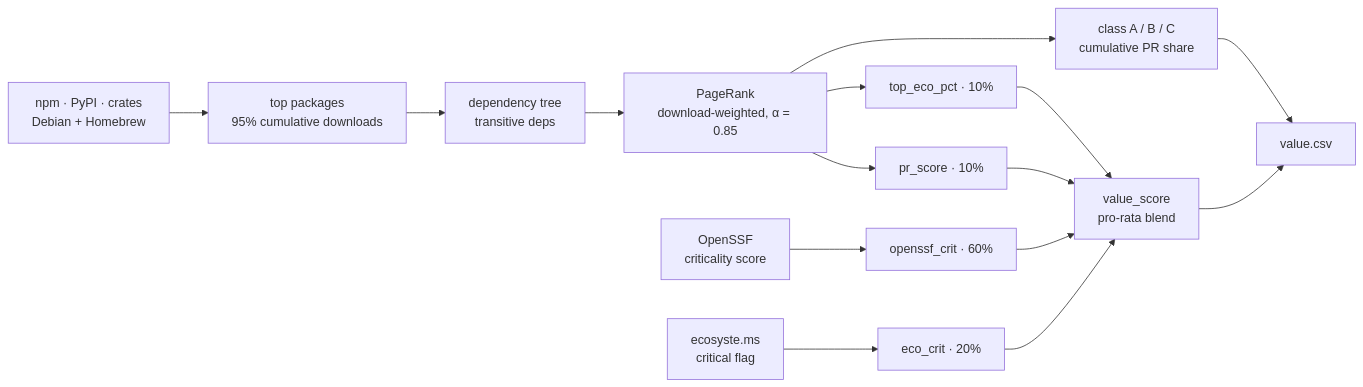
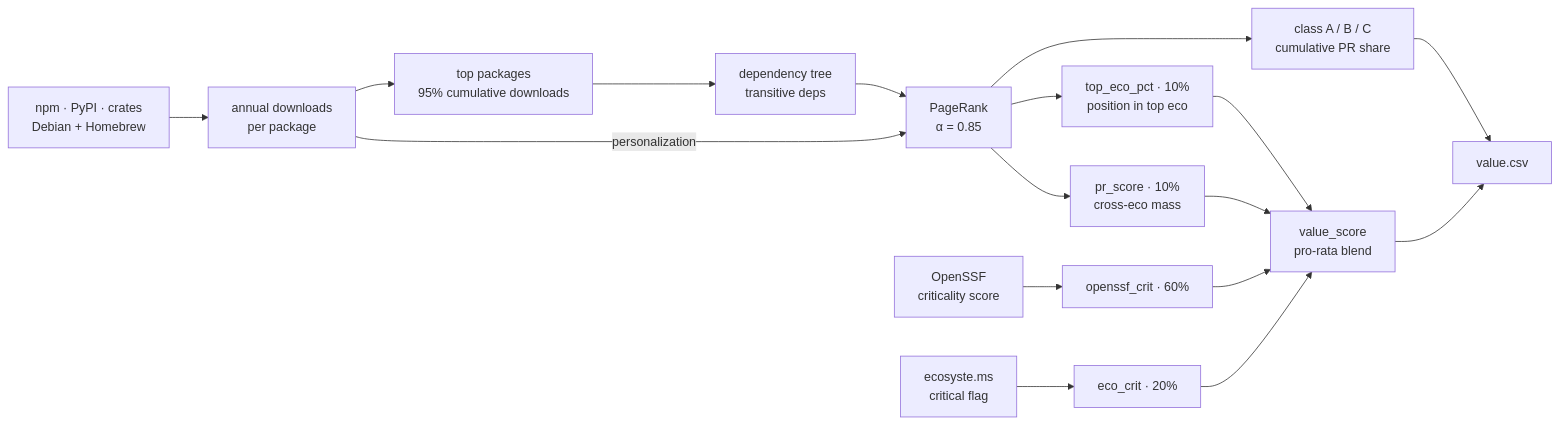
One commit to osendowment/model changed the diagram in docs/value.md. Above: the diagram before and after it, drawn with Mermaid. The commit also changed 2 other files, not shown here.

Commit message:
docs: show the scoring metrics inside each diagram node
The three diagrams stopped at dimension and check names, so they said little
the spine table did not. Each now runs source to metric to dimension to
output.

Risk names the metrics that actually score — bus factor and HHI, loc_eoy and
cyclomatic_max, openssf_score and cve_count_5y, the three per-contributor
ratios — and a note lists what each build collects but leaves out of the
score. The diagram now also shows workload reusing complexity's LOC and
security's CVE count, divided by active contributors.

Value shows downloads doing two jobs: selecting the top packages and
personalizing the PageRank. Eligibility breaks the four signal groups into
their real sources, and shows the institutional host feeding both `intent`
and `nonprofit`.

All three rendered through mermaid-cli to check they parse and read cleanly.

````diff
--- a/docs/value.md
+++ b/docs/value.md
@@ -25,19 +25,21 @@
 ```mermaid
 graph LR
-    reg["npm · PyPI · crates<br/>Debian + Homebrew"] --> top["top packages<br/>95% cumulative downloads"]
+    reg["npm · PyPI · crates<br/>Debian + Homebrew"] --> dl["annual downloads<br/>per package"]
+    dl --> top["top packages<br/>95% cumulative downloads"]
     top --> tree["dependency tree<br/>transitive deps"]
-    tree --> pr["PageRank<br/>download-weighted, α = 0.85"]
+    tree --> pr["PageRank<br/>α = 0.85"]
+    dl -->|"personalization"| pr
     pr --> cls["class A / B / C<br/>cumulative PR share"]
     cls --> csv["value.csv"]
 
-    pr --> pct["top_eco_pct · 10%"]
-    pr --> mass["pr_score · 10%"]
+    pr --> pct["top_eco_pct · 10%<br/>position in top eco"]
+    pr --> mass["pr_score · 10%<br/>cross-eco mass"]
     ossf["OpenSSF<br/>criticality score"] --> ocrit["openssf_crit · 60%"]
     ems["ecosyste.ms<br/>critical flag"] --> ecrit["eco_crit · 20%"]
 
     pct --> score["value_score<br/>pro-rata blend"]
     mass --> score
     ocrit --> score
     ecrit --> score
     score --> csv
 ```
````
